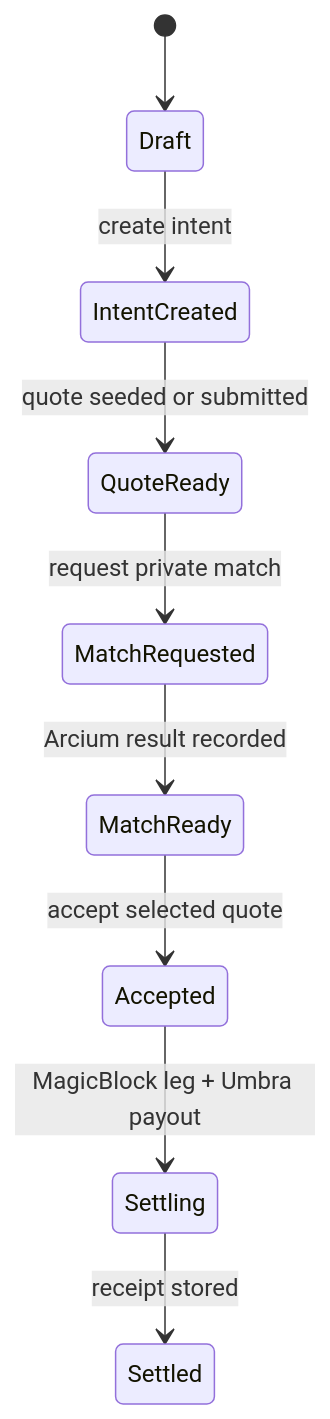
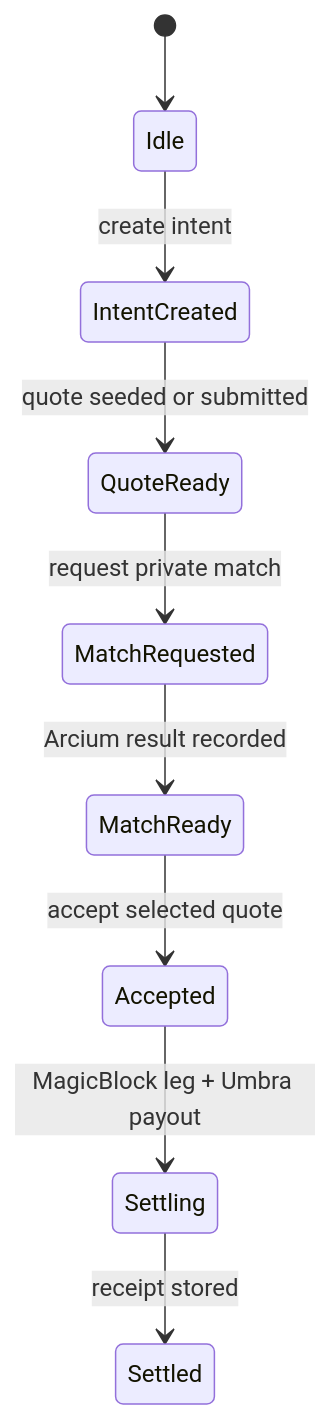
One commit to N-45div/Velvet_frontend changed the second of 2 diagrams in ARCHITECTURE.md. Above: the diagram before and after it, drawn with Mermaid. The commit also changed other lines of this file, not shown here.

Commit message:
Rewrite VelvetMesh frontend architecture

````diff
--- a/ARCHITECTURE.md
+++ b/ARCHITECTURE.md
@@ -54,11 +69,11 @@
 ```mermaid
 stateDiagram-v2
-    [*] --> Draft
-    Draft --> IntentCreated: create intent
+    [*] --> Idle
+    Idle --> IntentCreated: create intent
     IntentCreated --> QuoteReady: quote seeded or submitted
     QuoteReady --> MatchRequested: request private match
     MatchRequested --> MatchReady: Arcium result recorded
     MatchReady --> Accepted: accept selected quote
     Accepted --> Settling: MagicBlock leg + Umbra payout
     Settling --> Settled: receipt stored
 ```
````
